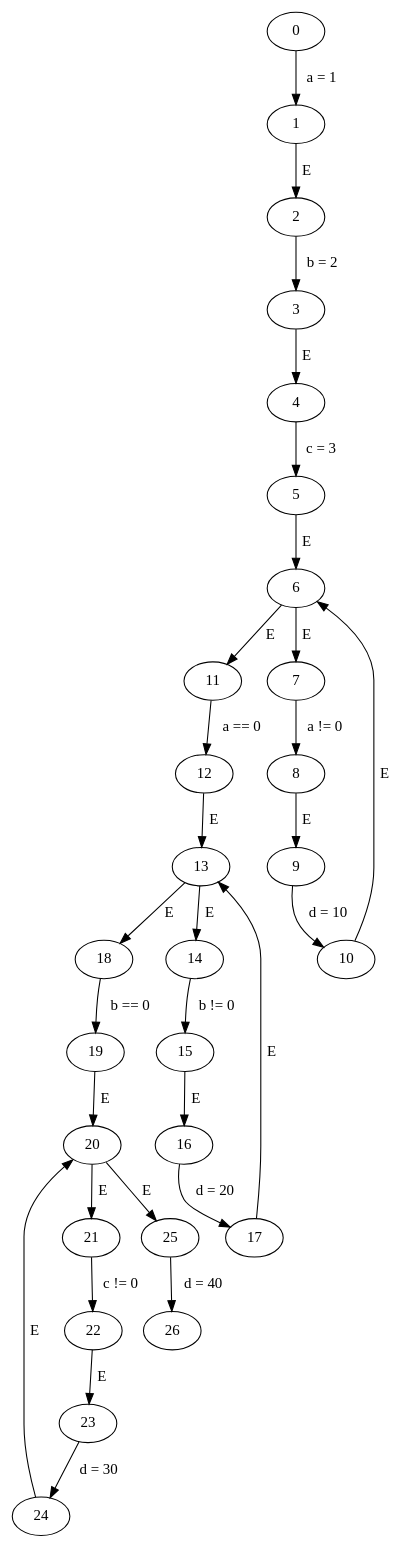
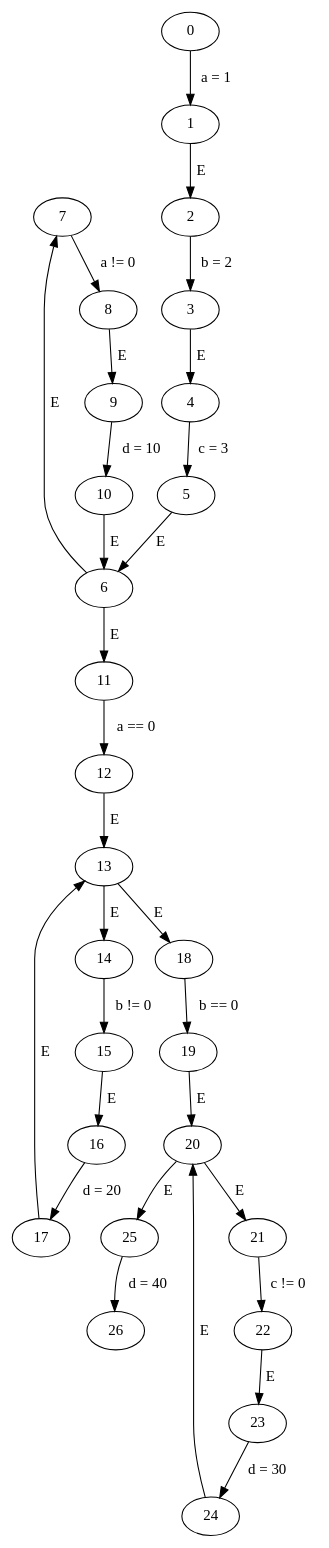
Before and after one commit to Harman309/project6: the diagram in code/cfgs/seqwhile/seqwhile.gv, drawn with Graphviz. The commit also changed other lines of this file and 39 other files, not shown here.

```diff
--- a/code/cfgs/seqwhile/seqwhile.gv
+++ b/code/cfgs/seqwhile/seqwhile.gv
@@ -1,32 +1,32 @@
 // seqwhile
 digraph {
+	7 -> 8 [label=" a != 0 "]
+	9 -> 10 [label=" d = 10 "]
+	13 -> 14 [label=" E "]
+	13 -> 18 [label=" E "]
+	0 -> 1 [label=" a = 1 "]
+	21 -> 22 [label=" c != 0 "]
+	3 -> 4 [label=" E "]
+	4 -> 5 [label=" c = 3 "]
+	23 -> 24 [label=" d = 30 "]
+	17 -> 13 [label=" E "]
+	22 -> 23 [label=" E "]
+	5 -> 6 [label=" E "]
+	24 -> 20 [label=" E "]
+	12 -> 13 [label=" E "]
+	16 -> 17 [label=" d = 20 "]
 	6 -> 11 [label=" E "]
-	21 -> 22 [label=" c != 0 "]
+	19 -> 20 [label=" E "]
+	10 -> 6 [label=" E "]
+	14 -> 15 [label=" b != 0 "]
+	25 -> 26 [label=" d = 40 "]
+	8 -> 9 [label=" E "]
+	1 -> 2 [label=" E "]
+	11 -> 12 [label=" a == 0 "]
+	2 -> 3 [label=" b = 2 "]
+	20 -> 25 [label=" E "]
+	18 -> 19 [label=" b == 0 "]
+	20 -> 21 [label=" E "]
 	6 -> 7 [label=" E "]
 	15 -> 16 [label=" E "]
-	24 -> 20 [label=" E "]
-	20 -> 21 [label=" E "]
-	18 -> 19 [label=" b == 0 "]
-	14 -> 15 [label=" b != 0 "]
-	13 -> 18 [label=" E "]
-	1 -> 2 [label=" E "]
-	12 -> 13 [label=" E "]
-	23 -> 24 [label=" d = 30 "]
-	2 -> 3 [label=" b = 2 "]
-	13 -> 14 [label=" E "]
-	16 -> 17 [label=" d = 20 "]
-	3 -> 4 [label=" E "]
-	8 -> 9 [label=" E "]
-	22 -> 23 [label=" E "]
-	7 -> 8 [label=" a != 0 "]
-	9 -> 10 [label=" d = 10 "]
-	19 -> 20 [label=" E "]
-	0 -> 1 [label=" a = 1 "]
-	10 -> 6 [label=" E "]
-	11 -> 12 [label=" a == 0 "]
-	17 -> 13 [label=" E "]
-	4 -> 5 [label=" c = 3 "]
-	25 -> 26 [label=" d = 40 "]
-	5 -> 6 [label=" E "]
-	20 -> 25 [label=" E "]
 }
```
